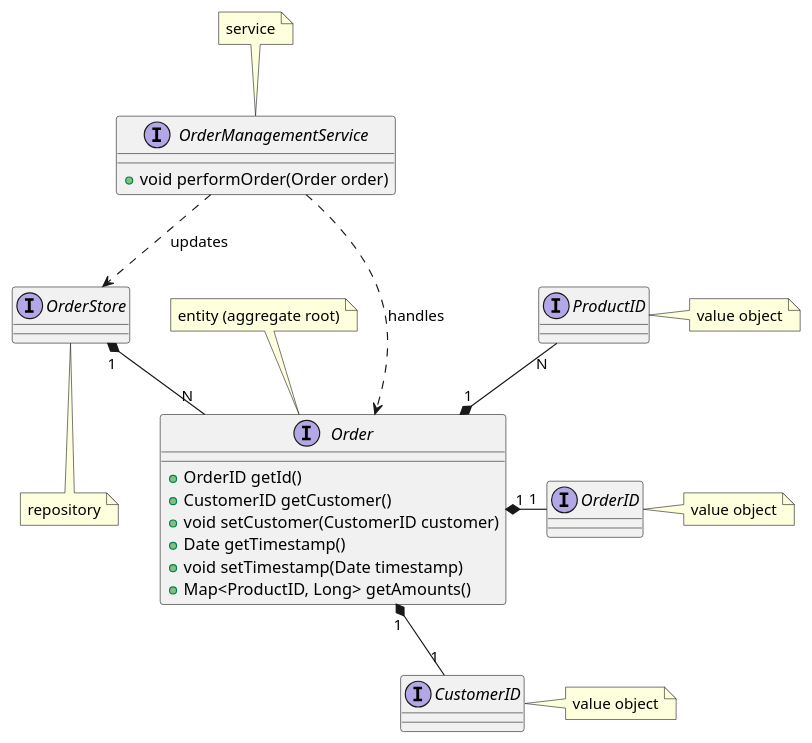
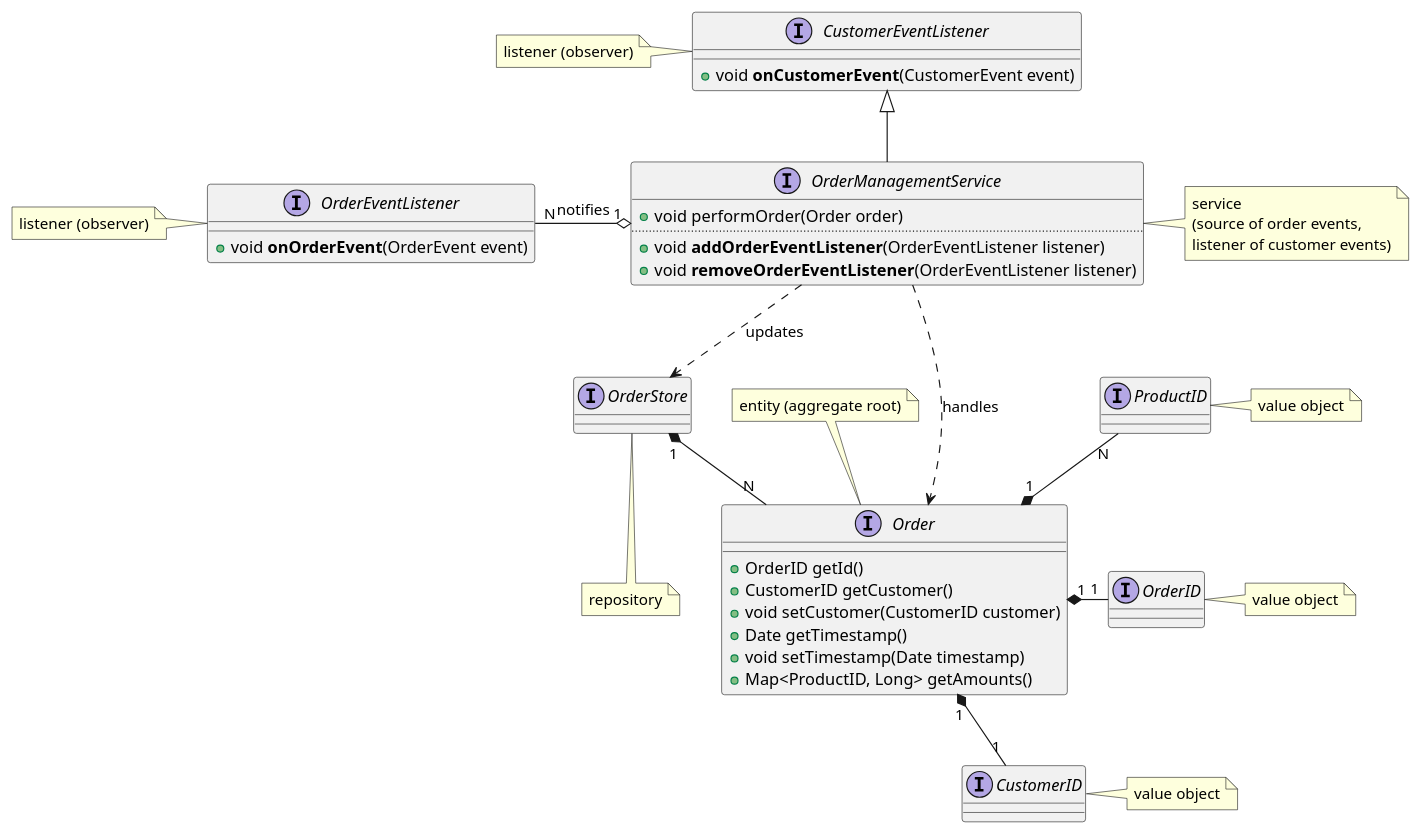
One commit to unibo-spe/spe-slides changed the fourth of 7 diagrams in content/10-ddd/_index.md. Above: the diagram before and after it, drawn with PlantUML. The commit also changed other lines of this file and 1 other file, not shown here.

First line of the commit message:
feat(ddd): services as event prosumers, coherent domain events example

```diff
--- a/content/10-ddd/_index.md
+++ b/content/10-ddd/_index.md
@@ -741,41 +758,56 @@
 {{< plantuml height="70vh" >}}
 interface OrderManagementService {
     + void performOrder(Order order)
+    ..
+    + void **addOrderEventListener**(OrderEventListener listener)
+    + void **removeOrderEventListener**(OrderEventListener listener)
+}
+
+interface OrderEventListener {
+    + void **onOrderEvent**(OrderEvent event)
+}
+
+interface CustomerEventListener {
+    + void **onCustomerEvent**(CustomerEvent event)
 }
 
 interface Order {
     + OrderID getId()
     + CustomerID getCustomer()
     + void setCustomer(CustomerID customer)
     + Date getTimestamp()
     + void setTimestamp(Date timestamp)
     + Map<ProductID, Long> getAmounts()
 }
 
 interface OrderID
 
 interface CustomerID
 
 interface ProductID
 
 interface OrderStore
 
 Order "1" *-r- "1" OrderID
 Order "1" *-d- "1" CustomerID
 Order "1" *-u- "N" ProductID
 OrderStore "1" *-- "N" Order
 
 OrderManagementService ..> Order: handles
 OrderManagementService ..> OrderStore: updates
+OrderManagementService -u-|> CustomerEventListener
+OrderManagementService "1" o-l- "N" OrderEventListener: notifies
 
 note bottom of OrderStore: repository
 note top of Order: entity (aggregate root)
 note right of OrderID: value object
 note right of ProductID: value object
 note right of CustomerID: value object
-note top of OrderManagementService: service
+note right of OrderManagementService: service\n(source of order events,\nlistener of customer events)
+note left of OrderEventListener: listener (observer)
+note left of CustomerEventListener: listener (observer)
 
 OrderID -u[hidden]- ProductID
 OrderID -d[hidden]- CustomerID
 
 {{< /plantuml >}}
```
